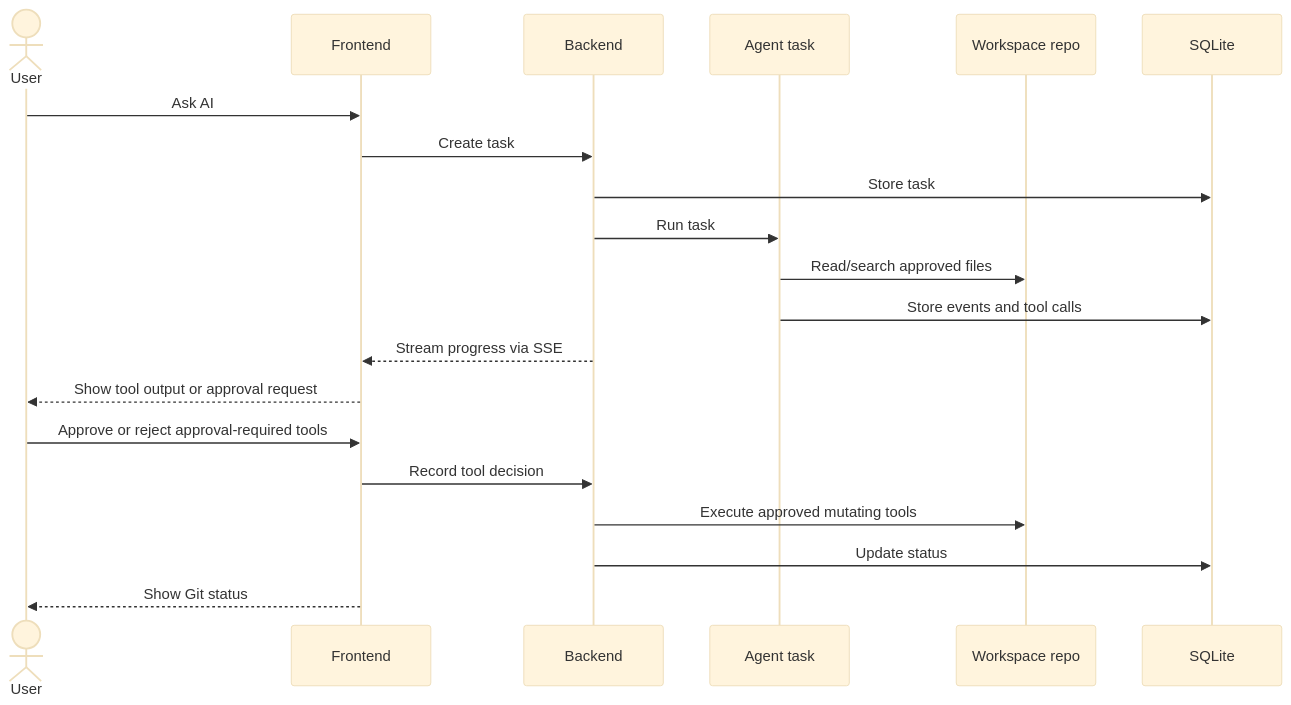
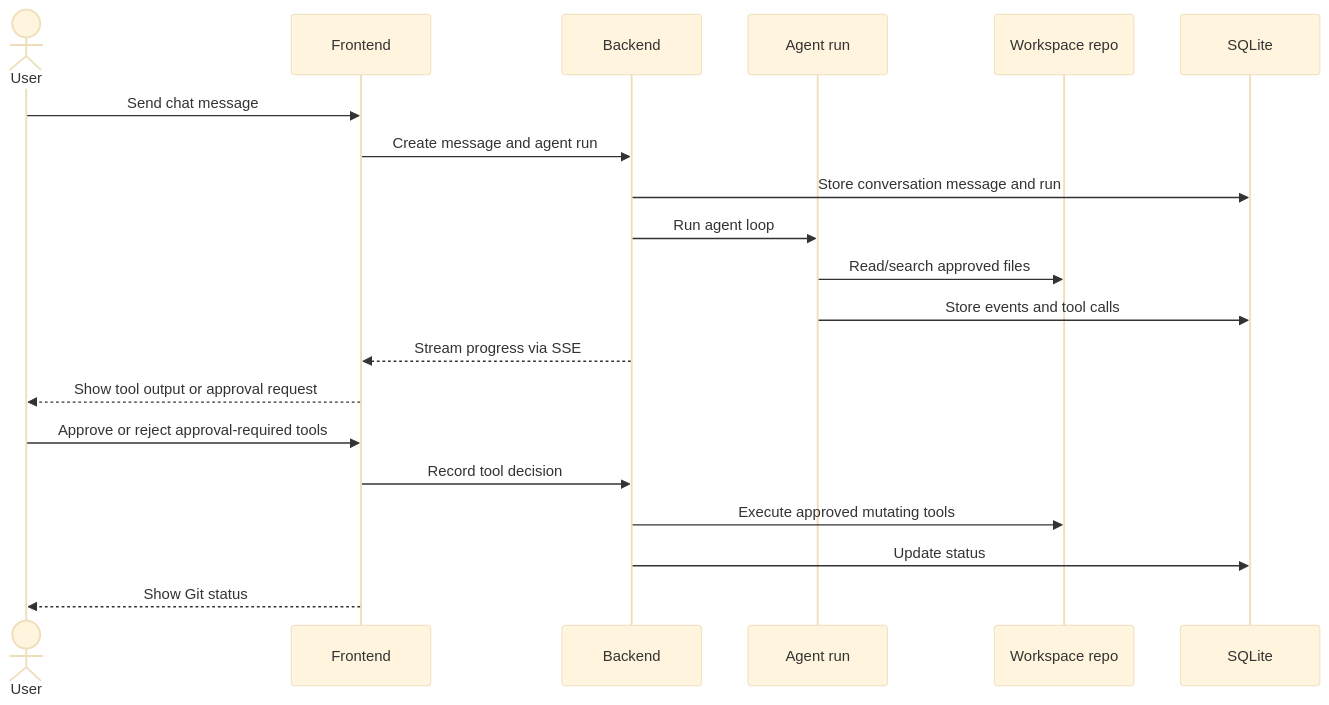
One commit to phamtanminhtien/patchpilot changed the fifth of 5 diagrams in docs/app-architecture.md. Above: the diagram before and after it, drawn with Mermaid (base theme). The commit also changed other lines of this file and 9 other files, not shown here.

````diff
--- a/docs/app-architecture.md
+++ b/docs/app-architecture.md
@@ -144,23 +144,23 @@
 ```mermaid
 sequenceDiagram
   actor User
   participant FE as Frontend
   participant BE as Backend
-  participant Agent as Agent task
+  participant Agent as Agent run
   participant Repo as Workspace repo
   participant DB as SQLite
 
-  User->>FE: Ask AI
-  FE->>BE: Create task
-  BE->>DB: Store task
-  BE->>Agent: Run task
+  User->>FE: Send chat message
+  FE->>BE: Create message and agent run
+  BE->>DB: Store conversation message and run
+  BE->>Agent: Run agent loop
   Agent->>Repo: Read/search approved files
   Agent->>DB: Store events and tool calls
   BE-->>FE: Stream progress via SSE
   FE-->>User: Show tool output or approval request
   User->>FE: Approve or reject approval-required tools
   FE->>BE: Record tool decision
   BE->>Repo: Execute approved mutating tools
   BE->>DB: Update status
   FE-->>User: Show Git status
 ```
````
